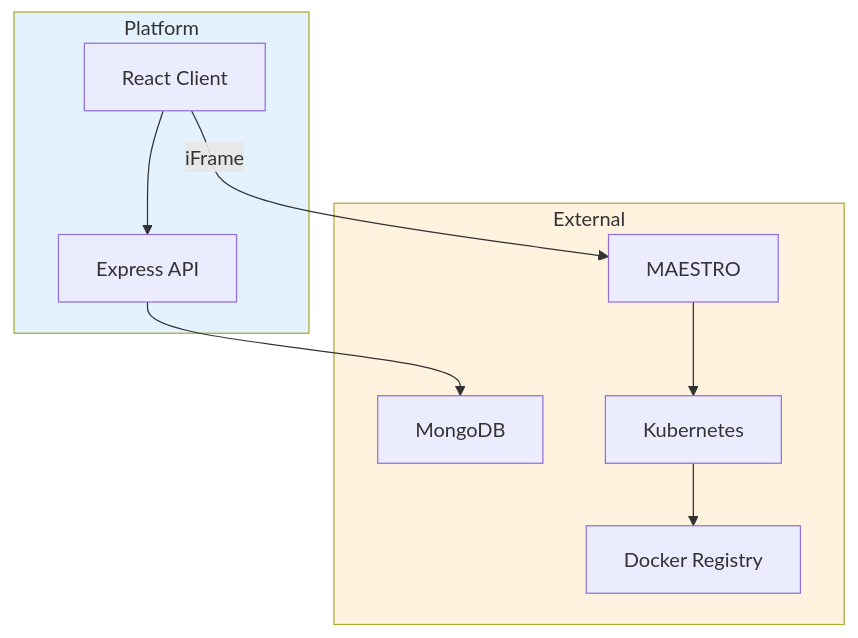
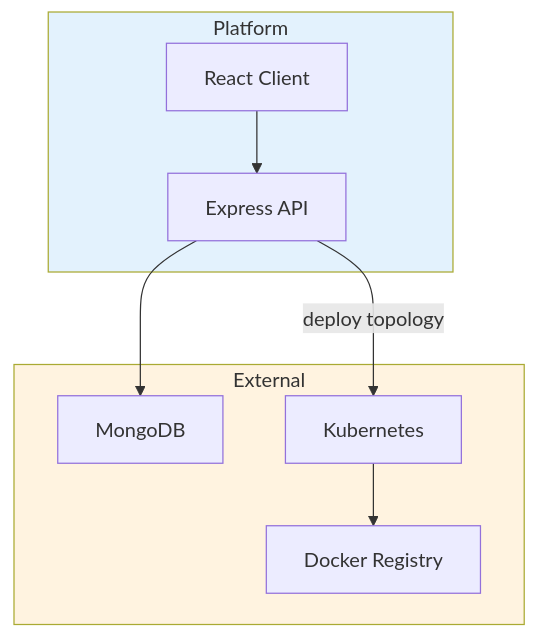
Before and after one commit to montimage-projects/mi-digitaltwin-management-service: the first of 3 diagrams in docs/integration/external-services.md, drawn with Mermaid. The commit also changed other lines of this file and 72 other files, not shown here.

````diff
--- a/docs/integration/external-services.md
+++ b/docs/integration/external-services.md
@@ -7,23 +7,21 @@
 ```mermaid
 graph TD
  subgraph Platform
  A[React Client]
  B[Express API]
  end
 
  subgraph External
  C[MongoDB]
- D[MAESTRO]
  E[Kubernetes]
  F[Docker Registry]
  end
 
  A --> B
  B --> C
- A -->|iFrame| D
- D --> E
+ B -->|deploy topology| E
  E --> F
 
  style Platform fill:#e3f2fd
  style External fill:#fff3e0
 ```
````
